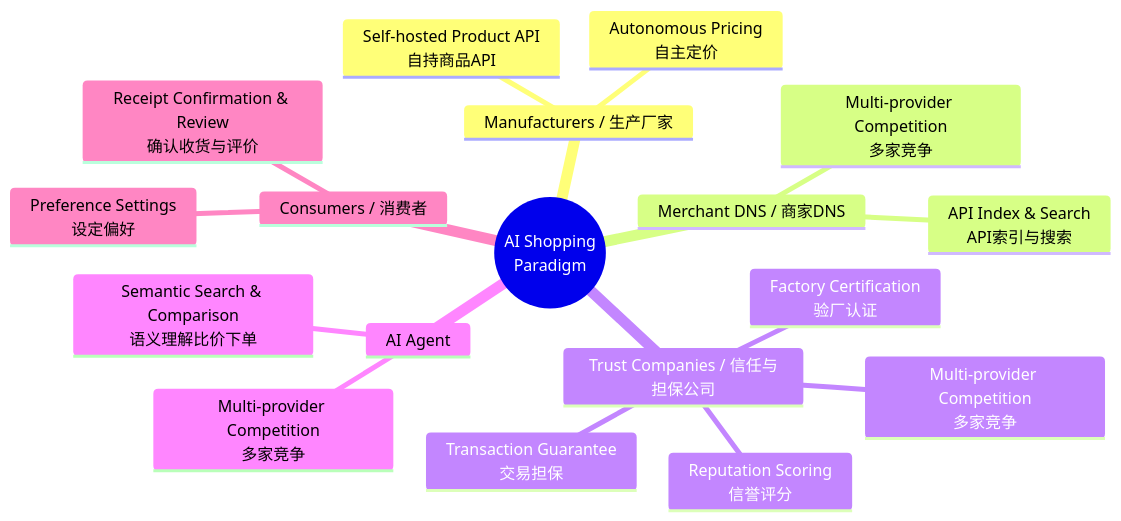
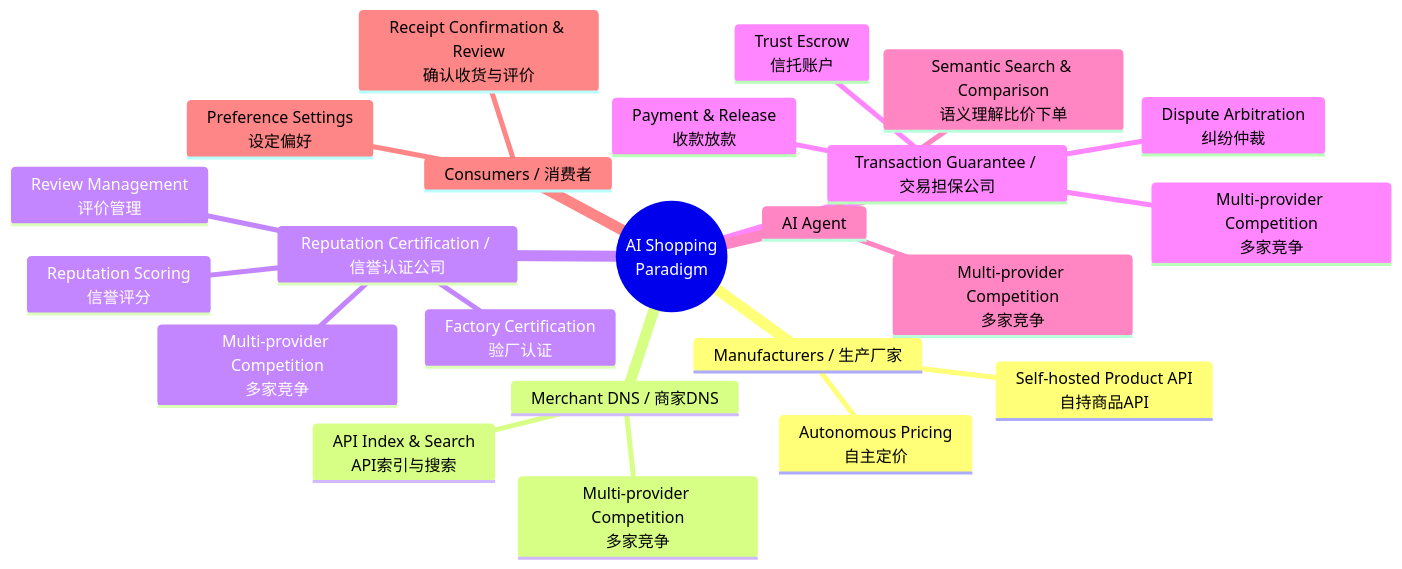
Before and after one commit to kaicen-x/ai-shopping-paradigm: the first of 3 diagrams in README.md, drawn with Mermaid. The commit also changed other lines of this file and 4 other files, not shown here.

````diff
--- a/README.md
+++ b/README.md
@@ -11,21 +11,26 @@
 ```mermaid
 mindmap
   root(("AI Shopping<br/>Paradigm"))
     Manufacturers / 生产厂家
       Self-hosted Product API<br/>自持商品API
       Autonomous Pricing<br/>自主定价
     Merchant DNS / 商家DNS
       API Index & Search<br/>API索引与搜索
       Multi-provider Competition<br/>多家竞争
-    Trust Companies / 信任与担保公司
+    Reputation Certification / 信誉认证公司
       Factory Certification<br/>验厂认证
       Reputation Scoring<br/>信誉评分
-      Transaction Guarantee<br/>交易担保
+      Review Management<br/>评价管理
+      Multi-provider Competition<br/>多家竞争
+    Transaction Guarantee / 交易担保公司
+      Trust Escrow<br/>信托账户
+      Payment & Release<br/>收款放款
+      Dispute Arbitration<br/>纠纷仲裁
       Multi-provider Competition<br/>多家竞争
     AI Agent
       Semantic Search & Comparison<br/>语义理解比价下单
       Multi-provider Competition<br/>多家竞争
     Consumers / 消费者
       Preference Settings<br/>设定偏好
       Receipt Confirmation & Review<br/>确认收货与评价
 ```
````
